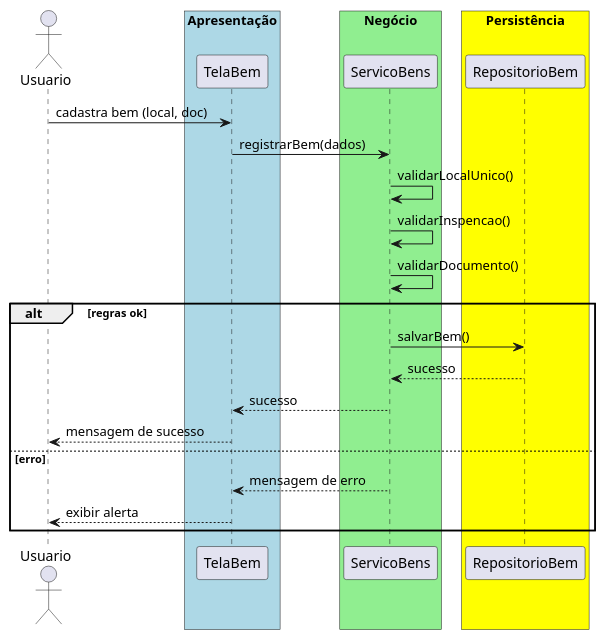
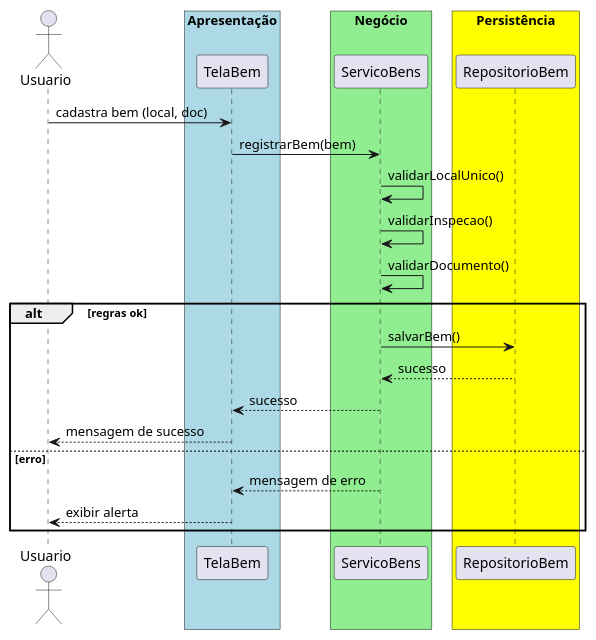
The diagram in src/trabalhos/Trabalho36.md (20261-ifba-saj-ads-poo/blog), drawn with PlantUML before and after one commit. The commit also changed other lines of this file and 35 other files, not shown here.

````diff
--- a/src/trabalhos/Trabalho36.md
+++ b/src/trabalhos/Trabalho36.md
@@ -30,28 +30,28 @@
-```plantuml
+```plantuml{kroki=true}
 @startuml
 actor Usuario
 box "Apresentação" #lightblue
     participant TelaBem
 end box
 box "Negócio" #lightgreen
     participant ServicoBens
 end box
 box "Persistência" #yellow
     participant RepositorioBem
 end box
 Usuario -> TelaBem : cadastra bem (local, doc)
-TelaBem -> ServicoBens : registrarBem(dados)
+TelaBem -> ServicoBens : registrarBem(bem)
 ServicoBens -> ServicoBens : validarLocalUnico()
-ServicoBens -> ServicoBens : validarInspencao()
+ServicoBens -> ServicoBens : validarInspecao()
 ServicoBens -> ServicoBens : validarDocumento()
 alt regras ok
     ServicoBens -> RepositorioBem : salvarBem()
     RepositorioBem --> ServicoBens : sucesso
     ServicoBens --> TelaBem : sucesso
     TelaBem --> Usuario : mensagem de sucesso
 else erro
     ServicoBens --> TelaBem : mensagem de erro
     TelaBem --> Usuario : exibir alerta
 end
 @enduml
 ```
````
